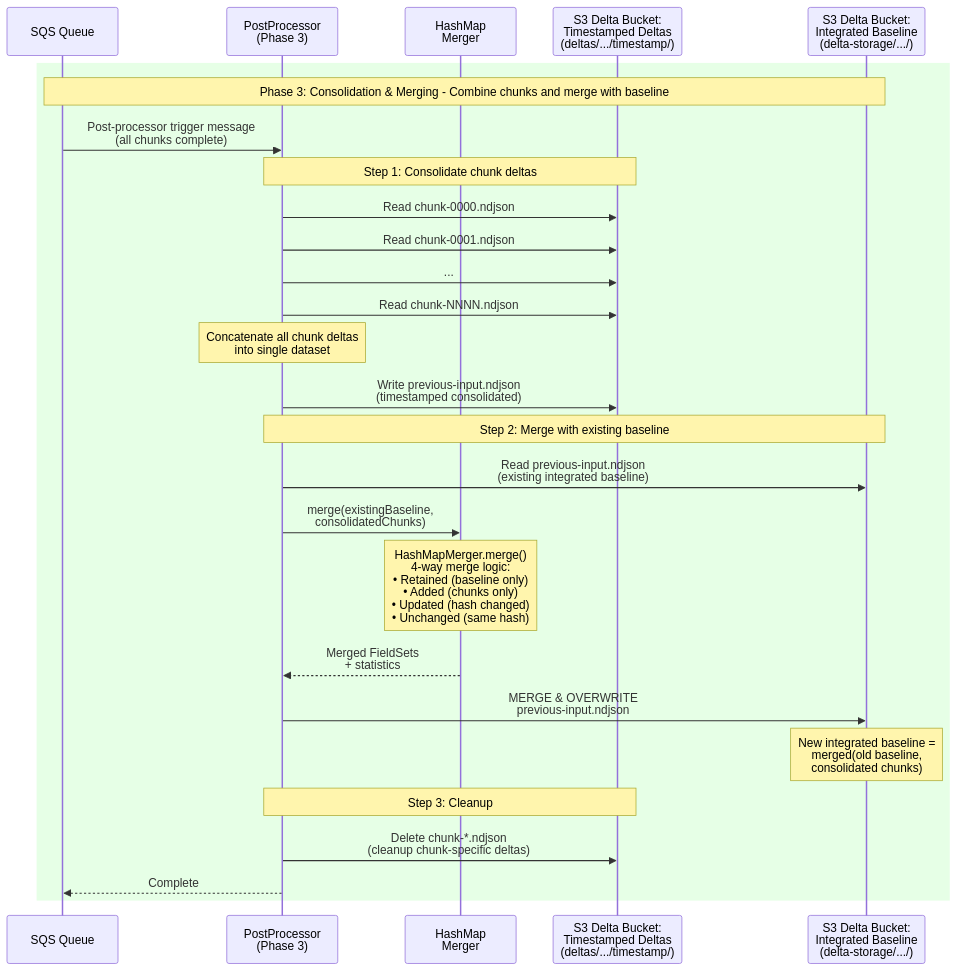
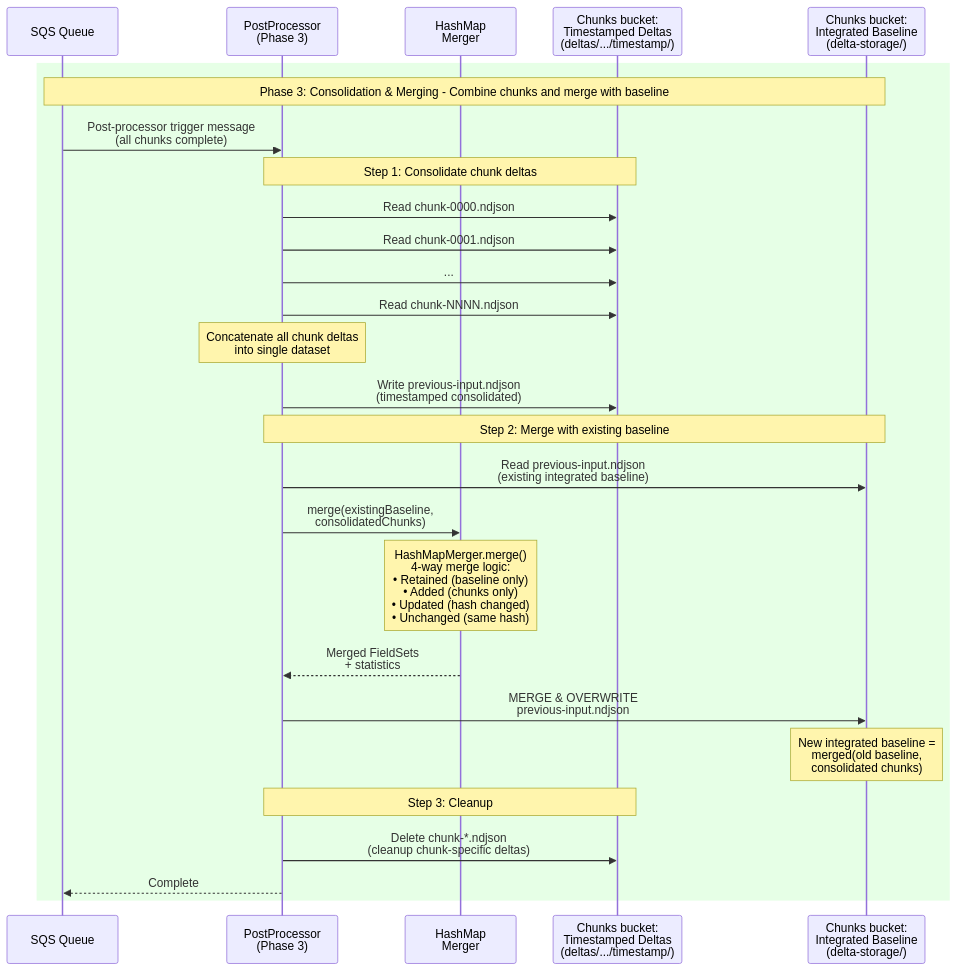
Before and after one commit to whennemuth/integration-huron-person-fargate: the fifth of 5 diagrams in lib/services/README.md, drawn with Mermaid. The commit also changed other lines of this file and 11 other files, not shown here.

````diff
--- a/lib/services/README.md
+++ b/lib/services/README.md
@@ -178,42 +181,42 @@
 ```mermaid
 sequenceDiagram
     participant SQS as SQS Queue
     participant PostProcessor as PostProcessor<br/>(Phase 3)
     participant HM as HashMap<br/>Merger
-    participant S3Temp as S3 Delta Bucket:<br/>Timestamped Deltas<br/>(deltas/.../timestamp/)
-    participant S3Base as S3 Delta Bucket:<br/>Integrated Baseline<br/>(delta-storage/.../)
+    participant S3Temp as Chunks bucket:<br/>Timestamped Deltas<br/>(deltas/.../timestamp/)
+    participant S3Base as Chunks bucket:<br/>Integrated Baseline<br/>(delta-storage/)
     
     rect rgb(230, 255, 230)
     Note over SQS,S3Base: Phase 3: Consolidation & Merging - Combine chunks and merge with baseline
     
     SQS->>PostProcessor: Post-processor trigger message<br/>(all chunks complete)
     
     Note over PostProcessor,S3Temp: Step 1: Consolidate chunk deltas
     PostProcessor->>S3Temp: Read chunk-0000.ndjson
     PostProcessor->>S3Temp: Read chunk-0001.ndjson
     PostProcessor->>S3Temp: ...
     PostProcessor->>S3Temp: Read chunk-NNNN.ndjson
     
     Note over PostProcessor: Concatenate all chunk deltas<br/>into single dataset
     
     PostProcessor->>S3Temp: Write previous-input.ndjson<br/>(timestamped consolidated)
     
     Note over PostProcessor,S3Base: Step 2: Merge with existing baseline
     PostProcessor->>S3Base: Read previous-input.ndjson<br/>(existing integrated baseline)
     
     PostProcessor->>HM: merge(existingBaseline,<br/>consolidatedChunks)
     
     Note over HM: HashMapMerger.merge()<br/>4-way merge logic:<br/>• Retained (baseline only)<br/>• Added (chunks only)<br/>• Updated (hash changed)<br/>• Unchanged (same hash)
     
     HM-->>PostProcessor: Merged FieldSets<br/>+ statistics
     
     PostProcessor->>S3Base: MERGE & OVERWRITE<br/>previous-input.ndjson
     
     Note over S3Base: New integrated baseline =<br/>merged(old baseline,<br/>consolidated chunks)
     
     Note over PostProcessor,S3Temp: Step 3: Cleanup
     PostProcessor->>S3Temp: Delete chunk-*.ndjson<br/>(cleanup chunk-specific deltas)
     
     PostProcessor-->>SQS: Complete
     end
 ```
````
